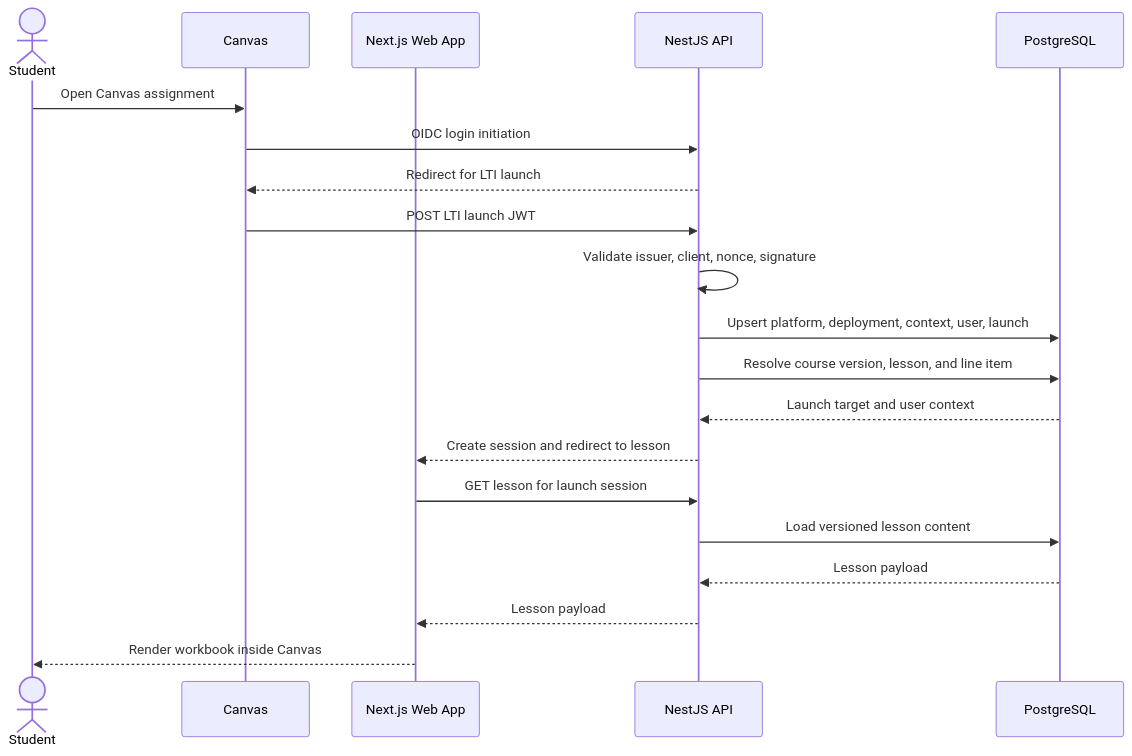
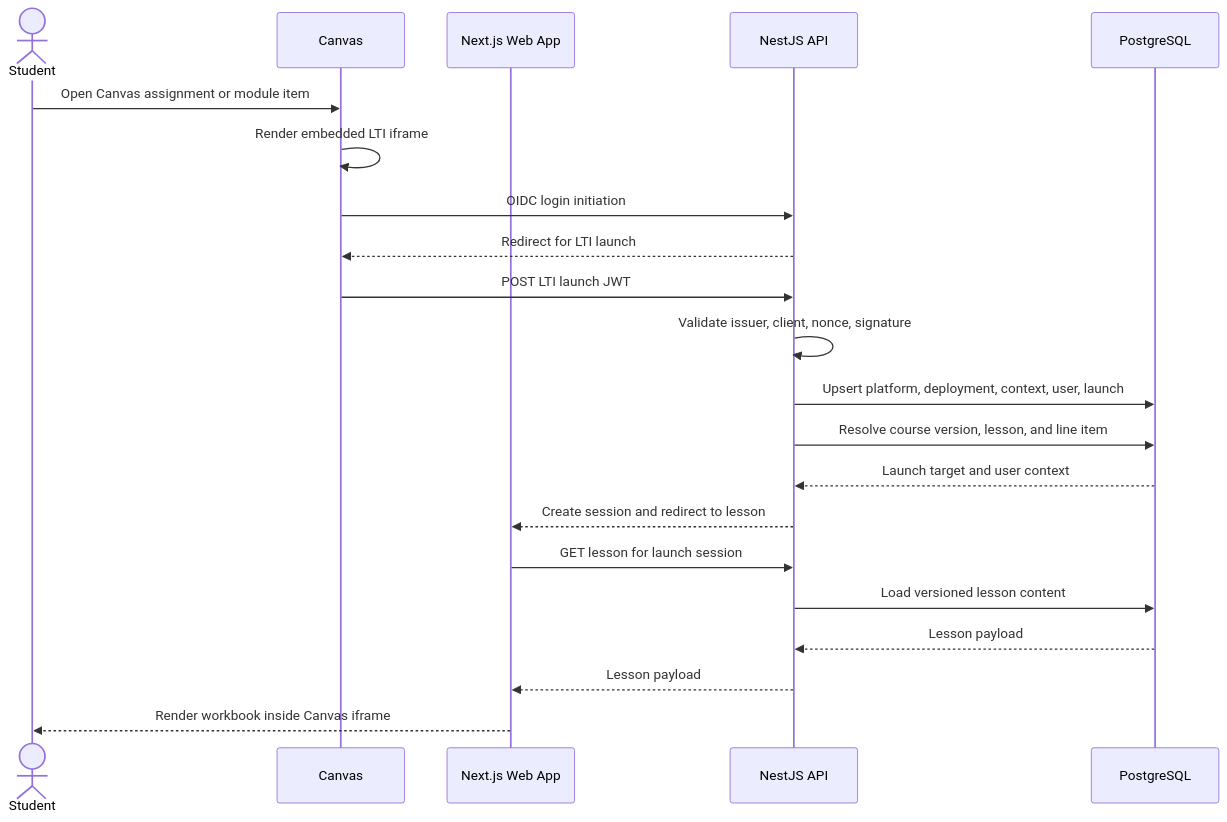
The second of 9 diagrams in docs/design/sequence-diagrams.md (learn-database/workbook-platform), drawn with Mermaid before and after one commit. The commit also changed other lines of this file and 4 other files, not shown here.

Commit message:
Document Canvas embedded LTI delivery

````diff
--- a/docs/design/sequence-diagrams.md
+++ b/docs/design/sequence-diagrams.md
@@ -22,23 +22,24 @@
 ```mermaid
 sequenceDiagram
     actor Student
     participant Canvas
     participant Web as Next.js Web App
     participant API as NestJS API
     participant DB as PostgreSQL
 
-    Student->>Canvas: Open Canvas assignment
+    Student->>Canvas: Open Canvas assignment or module item
+    Canvas->>Canvas: Render embedded LTI iframe
     Canvas->>API: OIDC login initiation
     API-->>Canvas: Redirect for LTI launch
     Canvas->>API: POST LTI launch JWT
     API->>API: Validate issuer, client, nonce, signature
     API->>DB: Upsert platform, deployment, context, user, launch
     API->>DB: Resolve course version, lesson, and line item
     DB-->>API: Launch target and user context
     API-->>Web: Create session and redirect to lesson
     Web->>API: GET lesson for launch session
     API->>DB: Load versioned lesson content
     DB-->>API: Lesson payload
     API-->>Web: Lesson payload
-    Web-->>Student: Render workbook inside Canvas
+    Web-->>Student: Render workbook inside Canvas iframe
 ```
````
